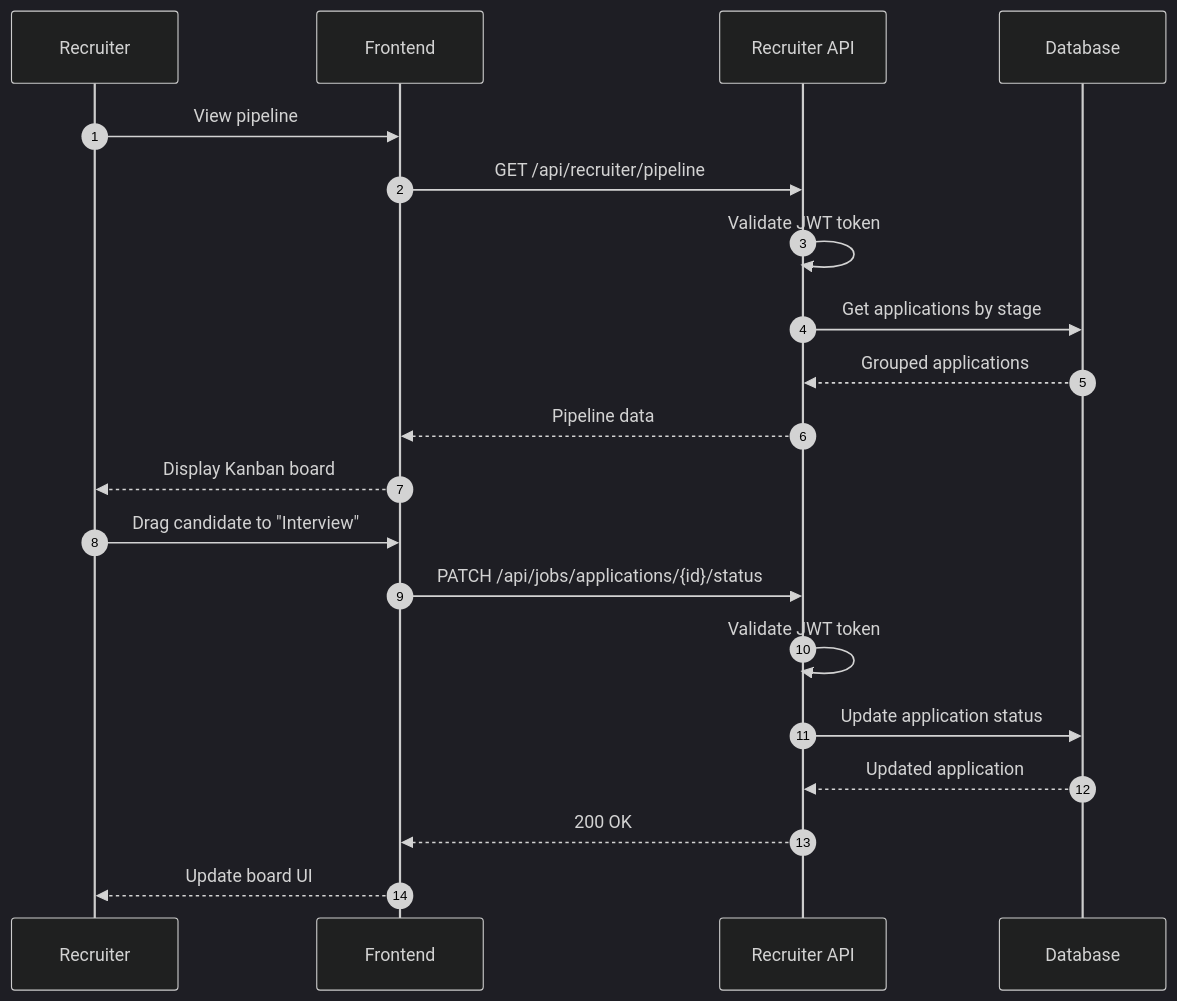
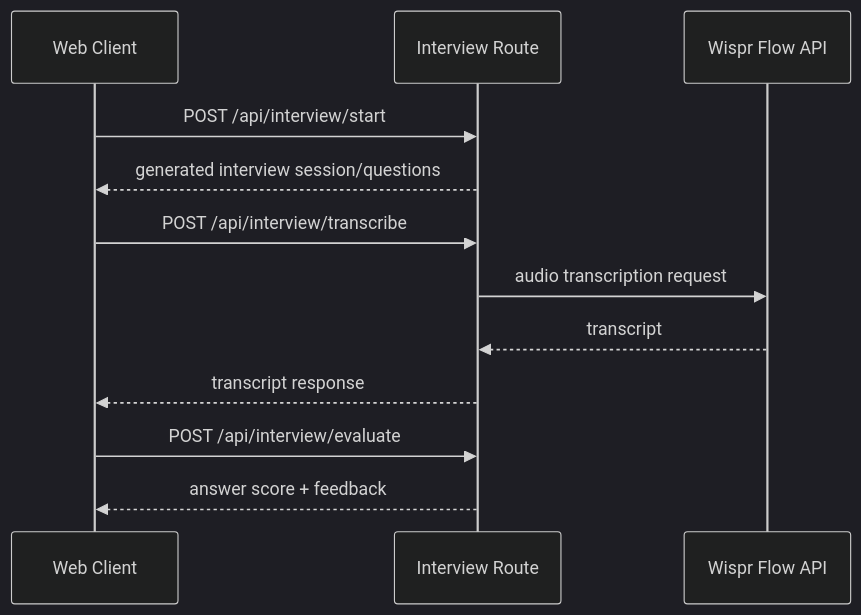
One commit to spayyavula/hireflow changed the sixth of 6 diagrams in docs/ARCHITECTURE.md. Above: the diagram before and after it, drawn with Mermaid (dark theme). The commit also changed other lines of this file and 2 other files, not shown here.

Commit message:
docs: record recruiter assignment model and endpoints

````diff
--- a/docs/ARCHITECTURE.md
+++ b/docs/ARCHITECTURE.md
@@ -564,24 +268,15 @@
 ```mermaid
 sequenceDiagram
-    autonumber
-    participant R as Recruiter
-    participant F as Frontend
-    participant API as Recruiter API
-    participant DB as Database
+    participant Client as Web Client
+    participant Interview as Interview Route
+    participant Wispr as Wispr Flow API
 
-    R->>F: View pipeline
-    F->>API: GET /api/recruiter/pipeline
-    API->>API: Validate JWT token
-    API->>DB: Get applications by stage
-    DB-->>API: Grouped applications
-    API-->>F: Pipeline data
-    F-->>R: Display Kanban board
-
-    R->>F: Drag candidate to "Interview"
-    F->>API: PATCH /api/jobs/applications/{id}/status
-    API->>API: Validate JWT token
-    API->>DB: Update application status
-    DB-->>API: Updated application
-    API-->>F: 200 OK
-    F-->>R: Update board UI
+    Client->>Interview: POST /api/interview/start
+    Interview-->>Client: generated interview session/questions
+    Client->>Interview: POST /api/interview/transcribe
+    Interview->>Wispr: audio transcription request
+    Wispr-->>Interview: transcript
+    Interview-->>Client: transcript response
+    Client->>Interview: POST /api/interview/evaluate
+    Interview-->>Client: answer score + feedback
 ```
````
